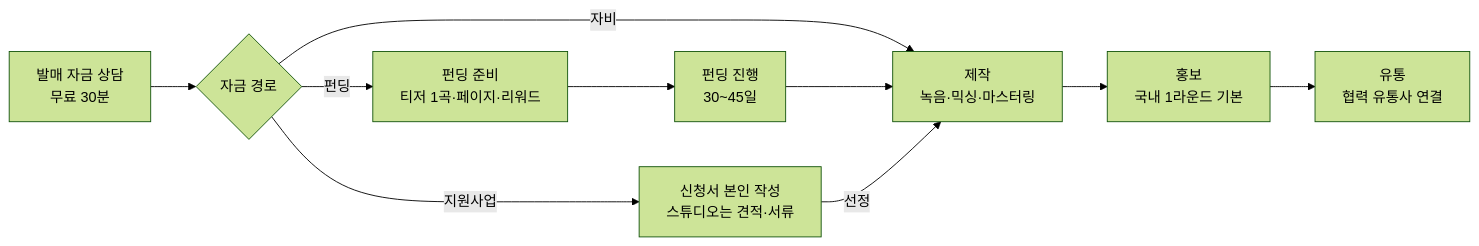
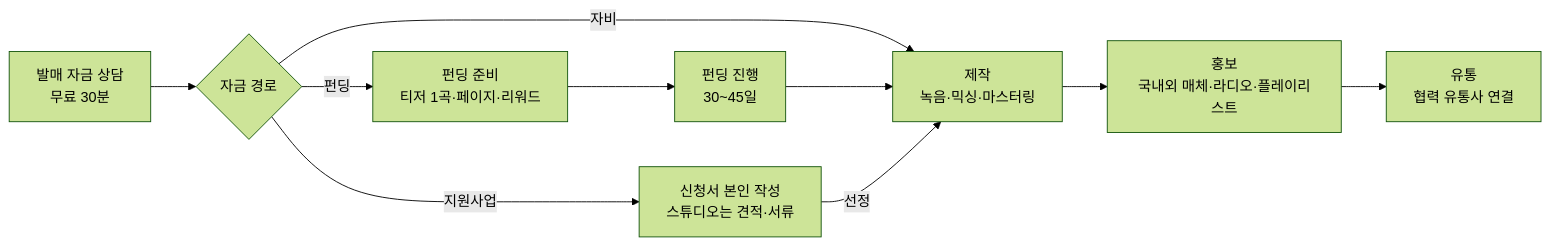
Before and after one commit to hwangtab/studio: the diagram in docs/superpowers/specs/2026-09-25-release-pipeline-design.md, drawn with Mermaid (forest theme). The commit also changed other lines of this file and 16 other files, not shown here.

````diff
--- a/docs/superpowers/specs/2026-09-25-release-pipeline-design.md
+++ b/docs/superpowers/specs/2026-09-25-release-pipeline-design.md
@@ -40,12 +40,12 @@
 ```mermaid
 flowchart LR
   A[발매 자금 상담<br/>무료 30분] --> B{자금 경로}
   B -->|펀딩| C[펀딩 준비<br/>티저 1곡·페이지·리워드]
   B -->|지원사업| G[신청서 본인 작성<br/>스튜디오는 견적·서류]
   B -->|자비| D
   C --> C2[펀딩 진행<br/>30~45일]
   C2 --> D[제작<br/>녹음·믹싱·마스터링]
   G -->|선정| D
-  D --> E[홍보<br/>국내 1라운드 기본]
+  D --> E[홍보<br/>국내외 매체·라디오·플레이리스트]
   E --> F[유통<br/>협력 유통사 연결]
 ```
````
